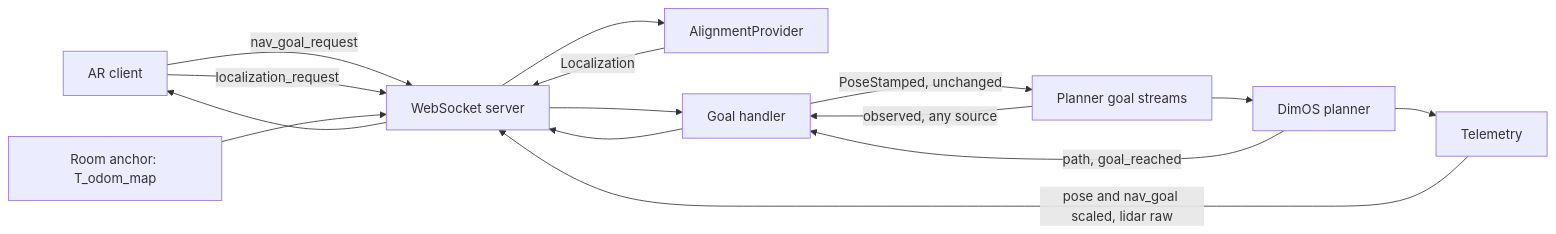
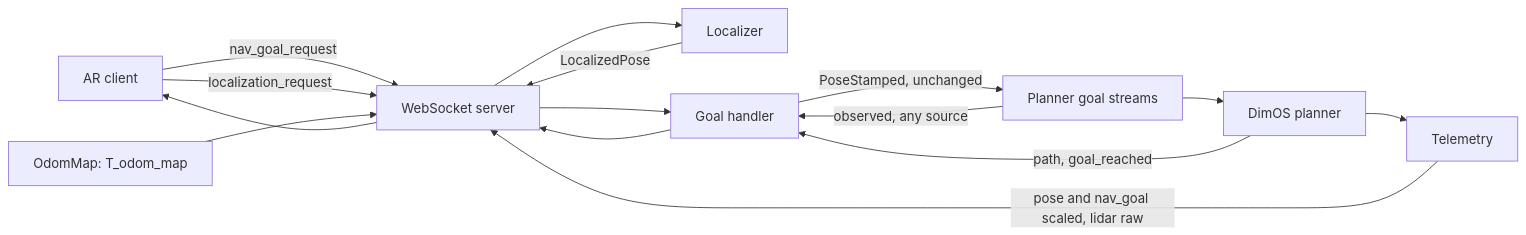
One commit to V4C38/spectacles-dimensional-os changed the diagram in dimos-ar-v2/plan.md. Above: the diagram before and after it, drawn with Mermaid. The commit also changed other lines of this file and 28 other files, not shown here.

Commit message:
Implement fiducial and VPS localizer and integrated alignment into ARModule

````diff
--- a/dimos-ar-v2/plan.md
+++ b/dimos-ar-v2/plan.md
@@ -490,17 +492,17 @@
 ```mermaid
 flowchart LR
     Lens[AR client] -->|nav_goal_request| WS[WebSocket server]
     Lens -->|localization_request| WS
-    WS --> Align[AlignmentProvider]
-    Align -->|Localization| WS
-    Anchor[Room anchor: T_odom_map] --> WS
+    WS --> Align[Localizer]
+    Align -->|LocalizedPose| WS
+    Anchor[OdomMap: T_odom_map] --> WS
     WS --> Nav[Goal handler]
     Nav -->|"PoseStamped, unchanged"| Goals[Planner goal streams]
     Goals --> Planner[DimOS planner]
     Goals -->|"observed, any source"| Nav
     Planner -->|"path, goal_reached"| Nav
     Planner --> Tel[Telemetry]
     Nav --> WS
     Tel -->|"pose and nav_goal scaled, lidar raw"| WS
     WS --> Lens
 ```
````
